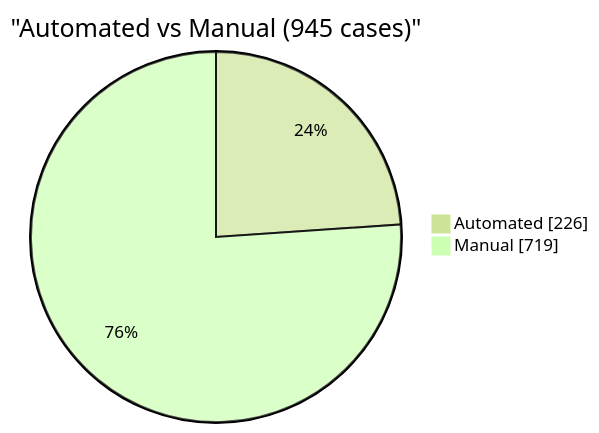
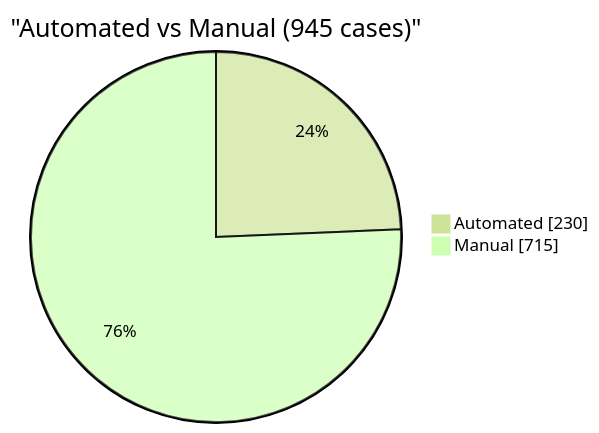
One commit to EliteaAI/onetest-ai-tm-Elitea changed the fifth of 6 diagrams in reports/dashboard.md. Above: the diagram before and after it, drawn with Mermaid (forest theme). The commit also changed other lines of this file and 1 other file, not shown here.

````diff
--- a/reports/dashboard.md
+++ b/reports/dashboard.md
@@ -109,6 +109,6 @@
 ```mermaid
 pie showData
     title "Automated vs Manual (945 cases)"
-    "Automated" : 226
-    "Manual" : 719
+    "Automated" : 230
+    "Manual" : 715
 ```
````
